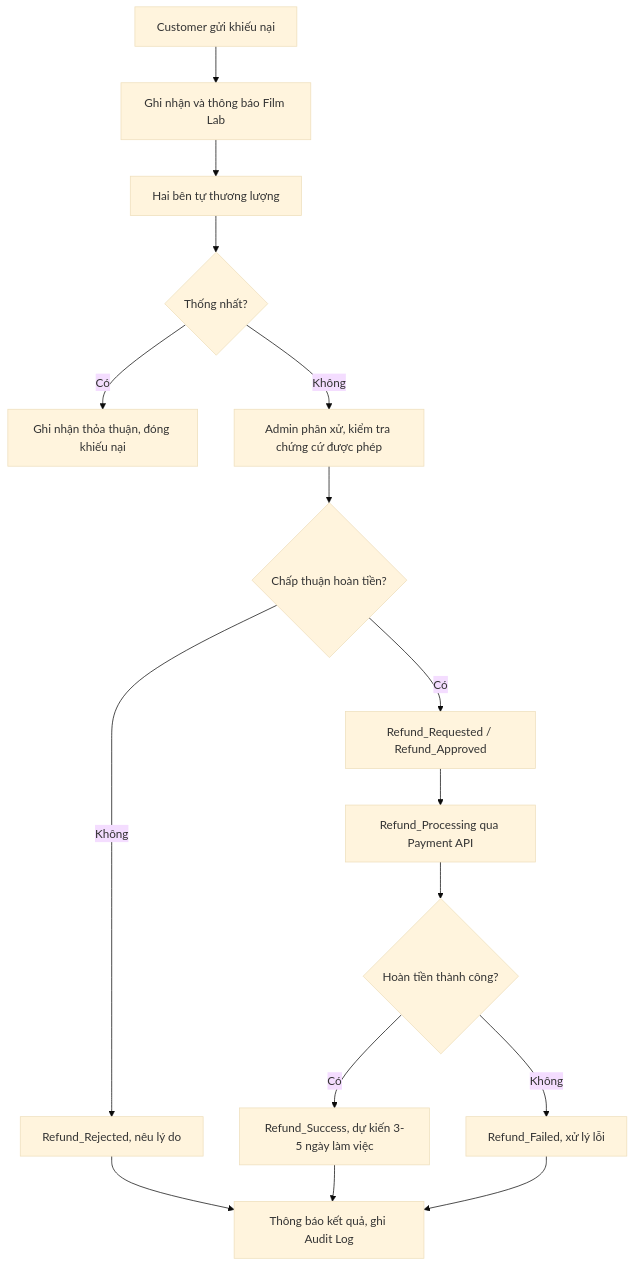
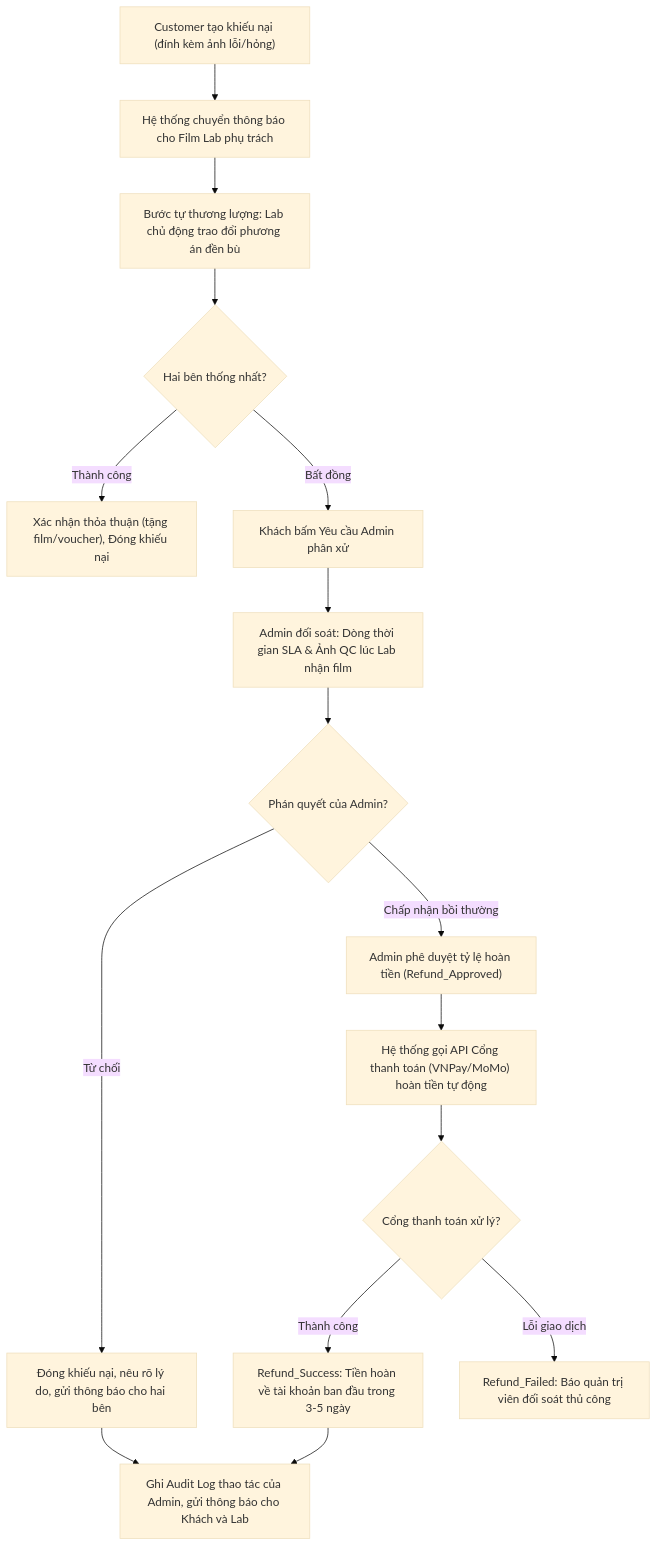
Before and after one commit to huylamnhat/Photographer-enthusiastic-environment: the sixth of 6 diagrams in doc/week 2/sơ đồ kiến trúc & triển khai.md, drawn with Mermaid (base theme). The commit also changed other lines of this file and 3 other files, not shown here.

````diff
--- a/doc/week 2/sơ đồ kiến trúc & triển khai.md
+++ b/doc/week 2/sơ đồ kiến trúc & triển khai.md
@@ -202,18 +249,18 @@
 ```mermaid
 flowchart TD
- A["Customer gửi khiếu nại"] --> B["Ghi nhận và thông báo Film Lab"]
- B --> C["Hai bên tự thương lượng"]
- C --> D{"Thống nhất?"}
- D -->|"Có"| E["Ghi nhận thỏa thuận, đóng khiếu nại"]
- D -->|"Không"| F["Admin phân xử, kiểm tra chứng cứ được phép"]
- F --> G{"Chấp thuận hoàn tiền?"}
- G -->|"Không"| H["Refund_Rejected, nêu lý do"]
- G -->|"Có"| I["Refund_Requested / Refund_Approved"]
- I --> J["Refund_Processing qua Payment API"]
- J --> K{"Hoàn tiền thành công?"}
- K -->|"Có"| L["Refund_Success, dự kiến 3-5 ngày làm việc"]
- K -->|"Không"| M["Refund_Failed, xử lý lỗi"]
- H --> N["Thông báo kết quả, ghi Audit Log"]
- L --> N
- M --> N
+    A["Customer tạo khiếu nại (đính kèm ảnh lỗi/hỏng)"] --> B["Hệ thống chuyển thông báo cho Film Lab phụ trách"]
+    B --> C["Bước tự thương lượng: Lab chủ động trao đổi phương án đền bù"]
+    C --> D{"Hai bên thống nhất?"}
+    D -->|"Thành công"| E["Xác nhận thỏa thuận (tặng film/voucher), Đóng khiếu nại"]
+    D -->|"Bất đồng"| F["Khách bấm Yêu cầu Admin phân xử"]
+    F --> G["Admin đối soát: Dòng thời gian SLA & Ảnh QC lúc Lab nhận film"]
+    G --> H{"Phán quyết của Admin?"}
+    H -->|"Từ chối"| I["Đóng khiếu nại, nêu rõ lý do, gửi thông báo cho hai bên"]
+    H -->|"Chấp nhận bồi thường"| J["Admin phê duyệt tỷ lệ hoàn tiền (Refund_Approved)"]
+    J --> K["Hệ thống gọi API Cổng thanh toán (VNPay/MoMo) hoàn tiền tự động"]
+    K --> L{"Cổng thanh toán xử lý?"}
+    L -->|"Thành công"| M["Refund_Success: Tiền hoàn về tài khoản ban đầu trong 3-5 ngày"]
+    L -->|"Lỗi giao dịch"| N["Refund_Failed: Báo quản trị viên đối soát thủ công"]
+    M --> O["Ghi Audit Log thao tác của Admin, gửi thông báo cho Khách và Lab"]
+    I --> O
 ```
````
